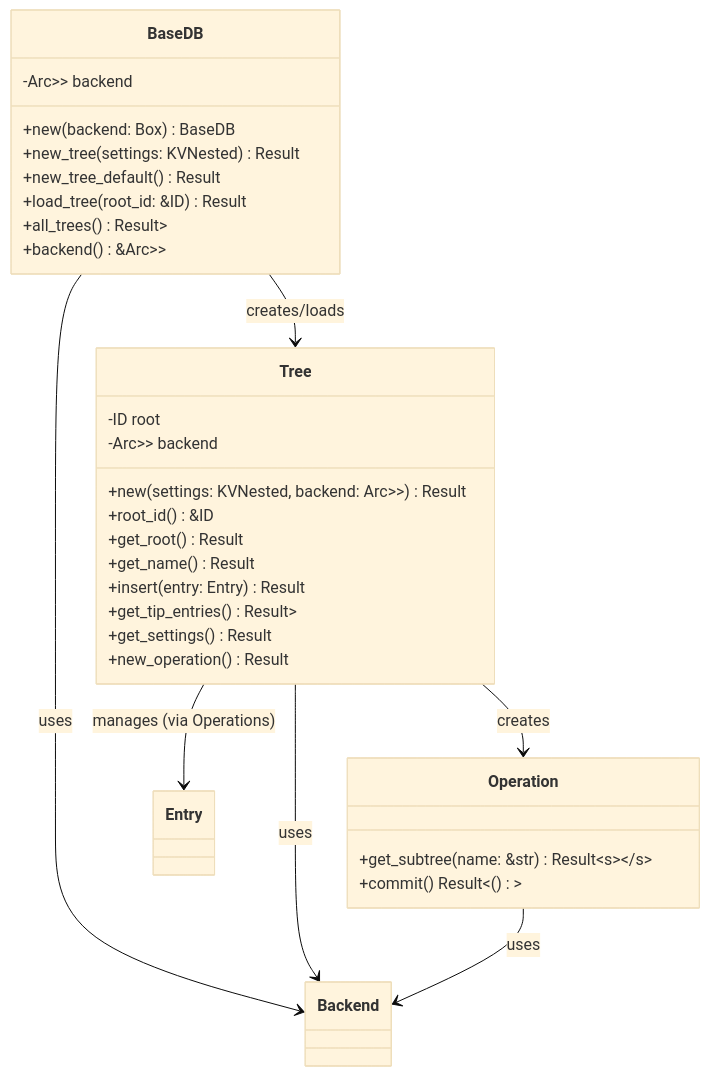
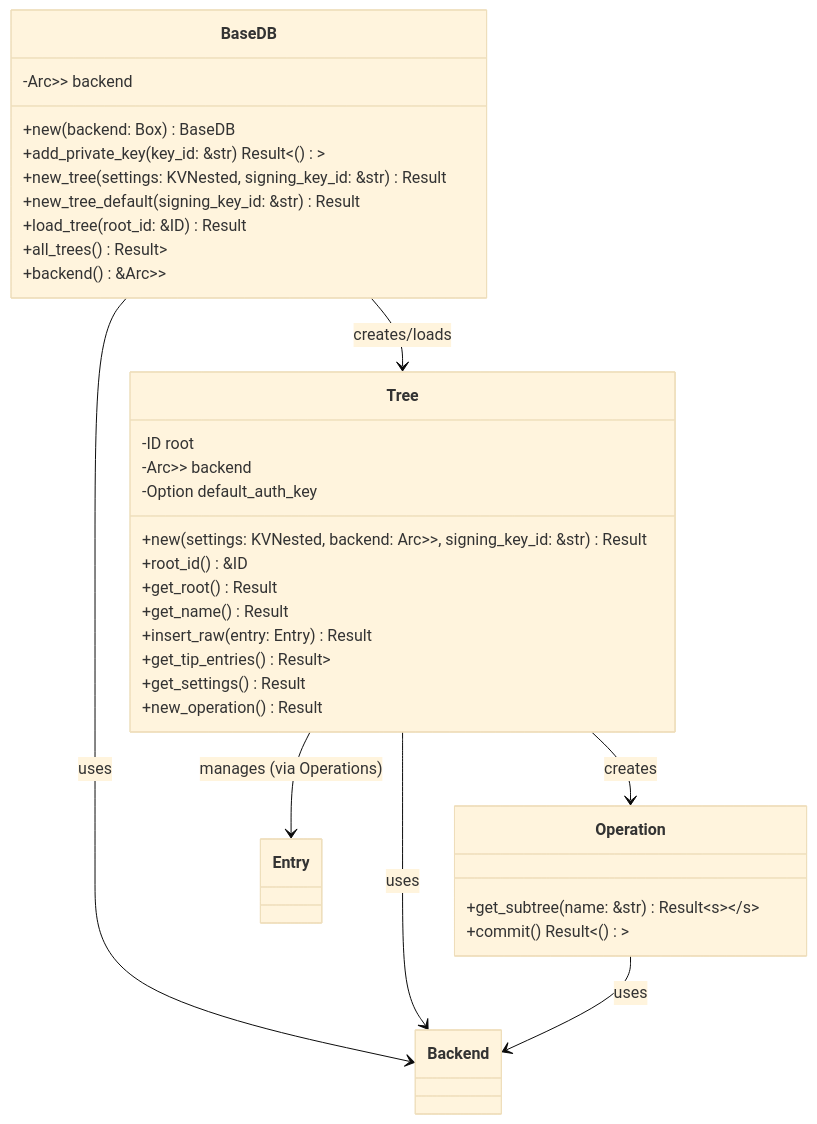
The diagram in docs/src/internal/core_components/basedb_tree.md (arcuru/eidetica), drawn with Mermaid (base theme) before and after one commit. The commit also changed other lines of this file and 5 other files, not shown here.

````diff
--- a/docs/src/internal/core_components/basedb_tree.md
+++ b/docs/src/internal/core_components/basedb_tree.md
@@ -5,37 +5,39 @@
 ```mermaid
 classDiagram
     class BaseDB {
         -Arc<Mutex<Box<dyn Backend>>> backend
         +new(backend: Box<dyn Backend>) BaseDB
-        +new_tree(settings: KVNested) Result<Tree>
-        +new_tree_default() Result<Tree>
+        +add_private_key(key_id: &str) Result<()>
+        +new_tree(settings: KVNested, signing_key_id: &str) Result<Tree>
+        +new_tree_default(signing_key_id: &str) Result<Tree>
         +load_tree(root_id: &ID) Result<Tree>
         +all_trees() Result<Vec<Tree>>
         +backend() &Arc<Mutex<Box<dyn Backend>>>
     }
 
     class Tree {
         -ID root
         -Arc<Mutex<Box<dyn Backend>>> backend
-        +new(settings: KVNested, backend: Arc<Mutex<Box<dyn Backend>>>) Result<Tree>
+        -Option<String> default_auth_key
+        +new(settings: KVNested, backend: Arc<Mutex<Box<dyn Backend>>>, signing_key_id: &str) Result<Tree>
         +root_id() &ID
         +get_root() Result<Entry>
         +get_name() Result<String>
-        +insert(entry: Entry) Result<ID>
+        +insert_raw(entry: Entry) Result<ID>
         +get_tip_entries() Result<Vec<Entry>>
         +get_settings() Result<KVNested>
         +new_operation() Result<Operation>
     }
 
     class Operation {
         +get_subtree<S: SubtreeType>(name: &str) Result<S>
         +commit() Result<()>
     }
 
     BaseDB --> Tree : creates/loads
     BaseDB --> Backend : uses
     Tree --> Backend : uses
     Tree --> Entry : manages (via Operations)
     Tree --> Operation : creates
     Operation --> Backend : uses
 ```
````
